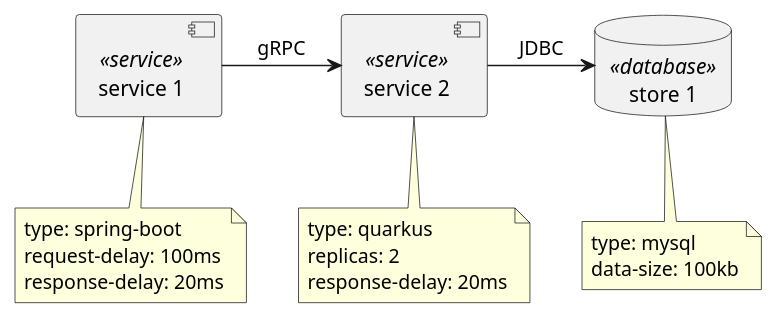
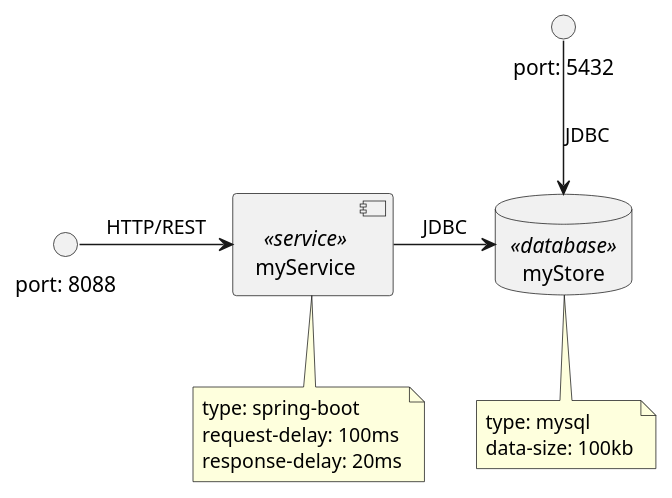
The diagram in scenarios/minimal.puml (iteratec/microzoo), drawn with PlantUML before and after one commit. The commit also changed 39 other files, not shown here.

```diff
--- a/scenarios/minimal.puml
+++ b/scenarios/minimal.puml
@@ -1,27 +1,23 @@
 @startuml
 
-database "store 1" <<database>>
-note bottom of "store 1" {
+database "myStore" <<database>>
+note bottom of "myStore" {
     type: mysql
     data-size: 100kb
 }
 
-component "service 1" <<service>>
-note bottom of "service 1" {
+component "myService" <<service>>
+note bottom of "myService" {
     type: spring-boot
     request-delay: 100ms
     response-delay: 20ms
 }
 
-component "service 2" <<service>>
-note bottom of "service 2" {
-    type: quarkus
-    replicas: 2
-    response-delay: 20ms
-}
+interface "port: 8088"
+interface "port: 5432"
 
-[service 1] -> [service 2]: gRPC
-
-[service 2] -> [store 1]: JDBC
+[myService] -> [myStore]: JDBC
+[port: 8088] -> [myService]: HTTP/REST
+[port: 5432] --> [myStore]: JDBC
 
 @enduml
```
